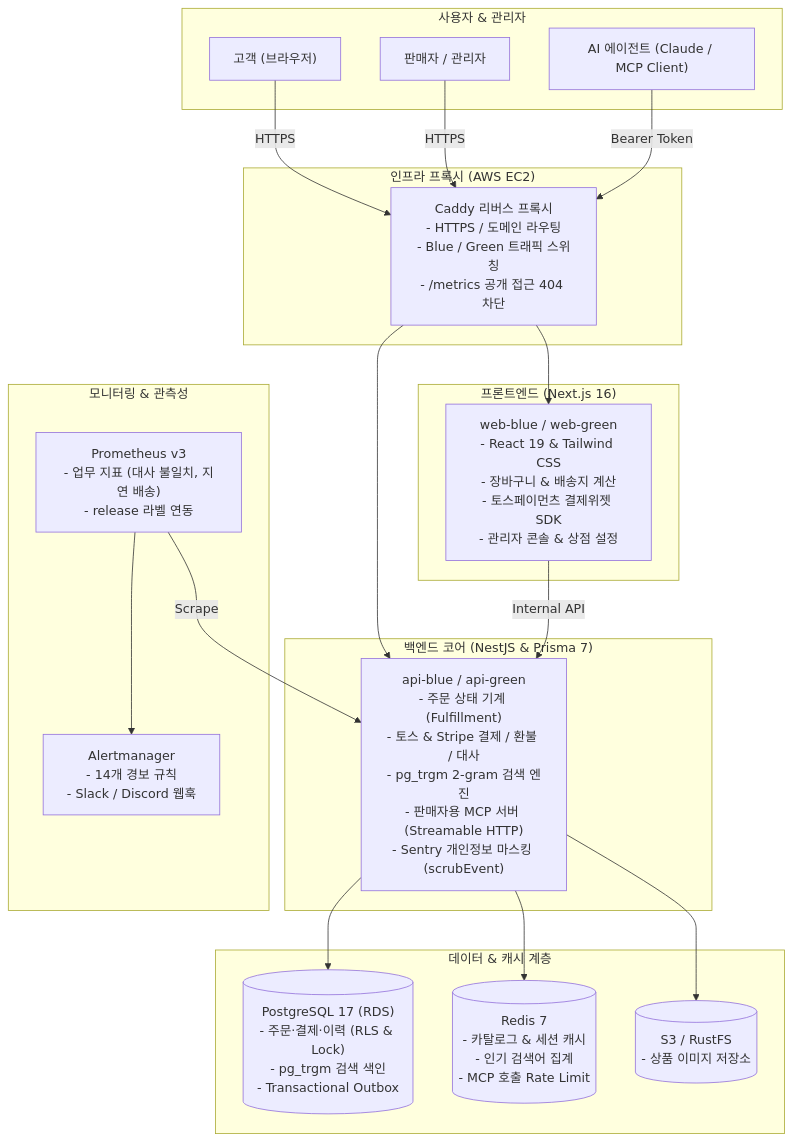
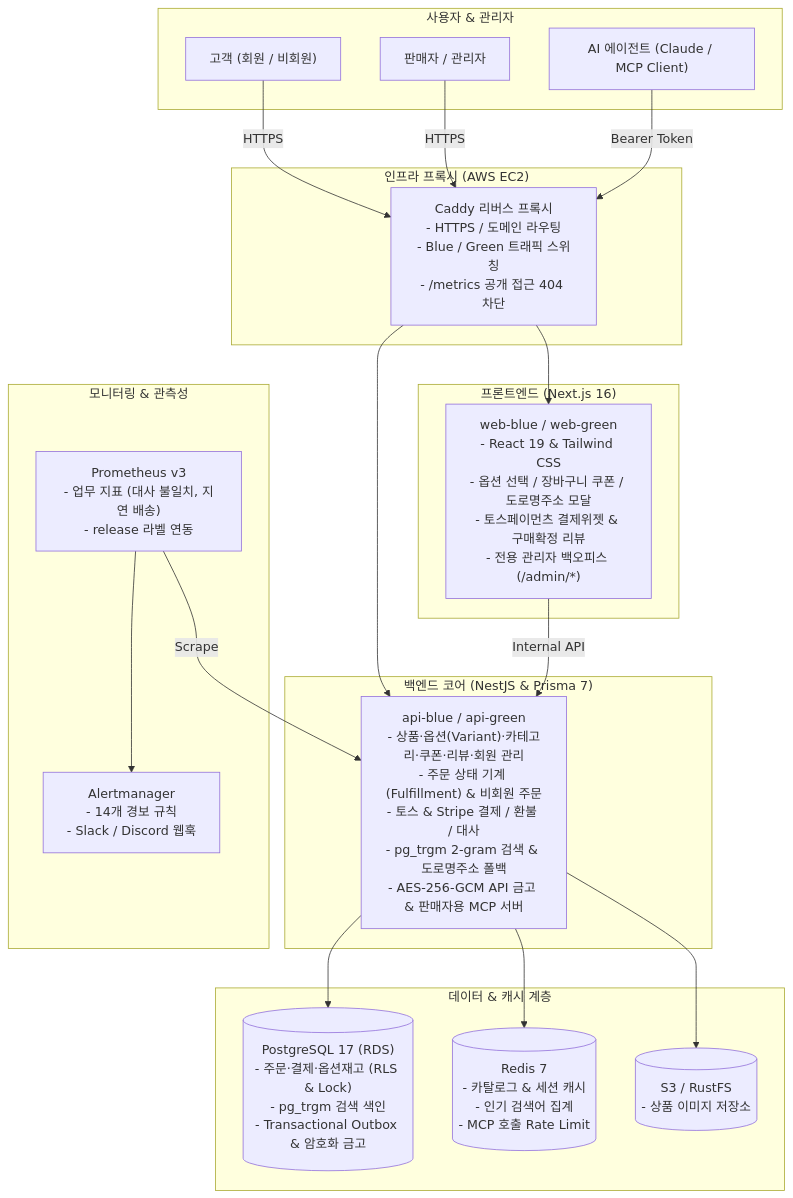
One commit to seungwoo7050/node-order changed the first of 2 diagrams in README.md. Above: the diagram before and after it, drawn with Mermaid. The commit also changed other lines of this file, not shown here.

````diff
--- a/README.md
+++ b/README.md
@@ -26,45 +26,45 @@
 ```mermaid
 flowchart TD
     subgraph Client["사용자 & 관리자"]
-        User["고객 (브라우저)"]
+        User["고객 (회원 / 비회원)"]
         Admin["판매자 / 관리자"]
         Agent["AI 에이전트 (Claude / MCP Client)"]
     end
 
     subgraph Edge["인프라 프록시 (AWS EC2)"]
         Caddy["Caddy 리버스 프록시\n- HTTPS / 도메인 라우팅\n- Blue / Green 트래픽 스위칭\n- /metrics 공개 접근 404 차단"]
     end
 
     subgraph Frontend["프론트엔드 (Next.js 16)"]
-        WebSlot["web-blue / web-green\n- React 19 & Tailwind CSS\n- 장바구니 & 배송지 계산\n- 토스페이먼츠 결제위젯 SDK\n- 관리자 콘솔 & 상점 설정"]
+        WebSlot["web-blue / web-green\n- React 19 & Tailwind CSS\n- 옵션 선택 / 장바구니 쿠폰 / 도로명주소 모달\n- 토스페이먼츠 결제위젯 & 구매확정 리뷰\n- 전용 관리자 백오피스 (/admin/*)"]
     end
 
     subgraph Backend["백엔드 코어 (NestJS & Prisma 7)"]
-        ApiSlot["api-blue / api-green\n- 주문 상태 기계 (Fulfillment)\n- 토스 & Stripe 결제 / 환불 / 대사\n- pg_trgm 2-gram 검색 엔진\n- 판매자용 MCP 서버 (Streamable HTTP)\n- Sentry 개인정보 마스킹 (scrubEvent)"]
+        ApiSlot["api-blue / api-green\n- 상품·옵션(Variant)·카테고리·쿠폰·리뷰·회원 관리\n- 주문 상태 기계 (Fulfillment) & 비회원 주문\n- 토스 & Stripe 결제 / 환불 / 대사\n- pg_trgm 2-gram 검색 & 도로명주소 폴백\n- AES-256-GCM API 금고 & 판매자용 MCP 서버"]
     end
 
     subgraph Data["데이터 & 캐시 계층"]
-        PG[("PostgreSQL 17 (RDS)\n- 주문·결제·이력 (RLS & Lock)\n- pg_trgm 검색 색인\n- Transactional Outbox")]
+        PG[("PostgreSQL 17 (RDS)\n- 주문·결제·옵션재고 (RLS & Lock)\n- pg_trgm 검색 색인\n- Transactional Outbox & 암호화 금고")]
         Redis[("Redis 7\n- 카탈로그 & 세션 캐시\n- 인기 검색어 집계\n- MCP 호출 Rate Limit")]
         Storage[("S3 / RustFS\n- 상품 이미지 저장소")]
     end
 
     subgraph Ops["모니터링 & 관측성"]
         Prom["Prometheus v3\n- 업무 지표 (대사 불일치, 지연 배송)\n- release 라벨 연동"]
         Alert["Alertmanager\n- 14개 경보 규칙\n- Slack / Discord 웹훅"]
     end
 
     User -->|HTTPS| Caddy
     Admin -->|HTTPS| Caddy
     Agent -->|Bearer Token| Caddy
     Caddy --> WebSlot
     Caddy --> ApiSlot
 
     WebSlot -->|Internal API| ApiSlot
     ApiSlot --> PG
     ApiSlot --> Redis
     ApiSlot --> Storage
 
     Prom -->|Scrape| ApiSlot
     Prom --> Alert
 ```
````
